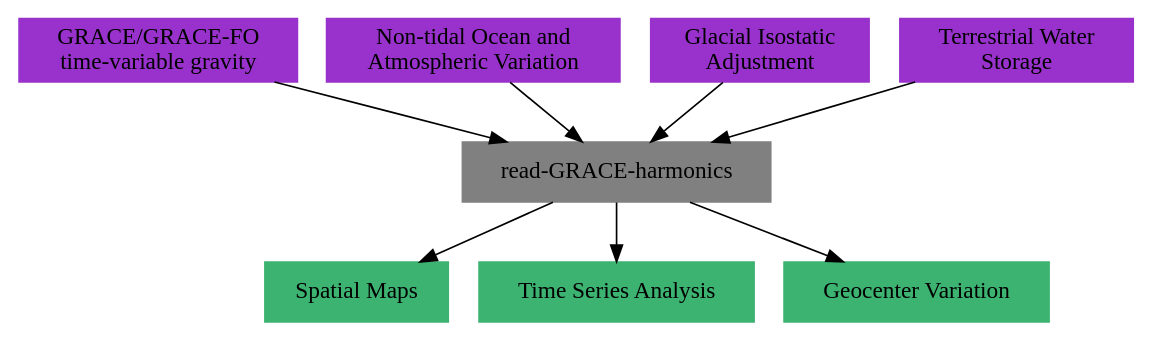
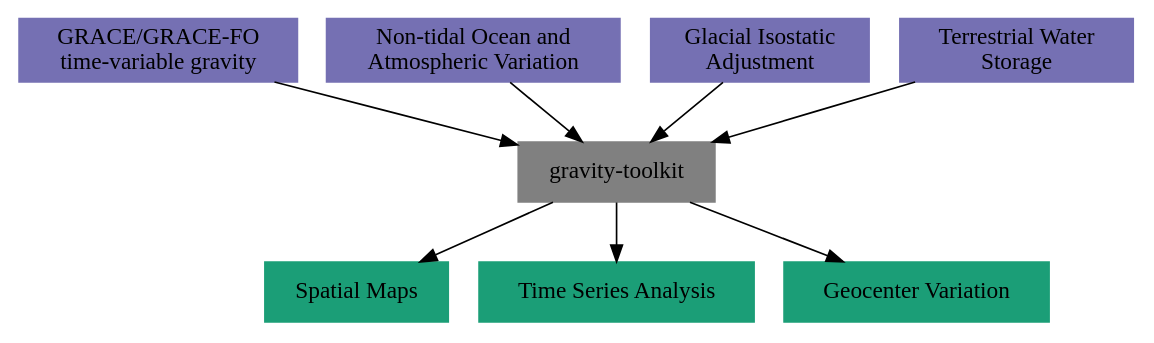
Before and after one commit to tsutterley/gravity-toolkit: the diagram in doc/source/getting_started/Background.rst, drawn with Graphviz. The commit also changed other lines of this file and 85 other files, not shown here.

```diff
--- a/doc/source/getting_started/Background.rst
+++ b/doc/source/getting_started/Background.rst
@@ -18,24 +18,24 @@
 .. graphviz::
     :caption: Data Processing Framework
     :align: center
 
     digraph {
-        G [label="GRACE/GRACE-FO\ntime-variable gravity" shape=box style="filled" color="darkorchid"]
-        A [label="Non-tidal Ocean and\nAtmospheric Variation" shape=box style="filled" color="darkorchid"]
-        I [label="Glacial Isostatic\nAdjustment" shape=box style="filled" color="darkorchid"]
-        W [label="Terrestrial Water\nStorage" shape=box style="filled" color="darkorchid"]
-        R [label="read-GRACE-harmonics" shape=box style="filled" color="gray"]
-        S [label="Spatial Maps" shape=box style="filled" color="mediumseagreen"
+        G [label="GRACE/GRACE-FO\ntime-variable gravity" shape=box style="filled" color="#7570b3"]
+        A [label="Non-tidal Ocean and\nAtmospheric Variation" shape=box style="filled" color="#7570b3"]
+        I [label="Glacial Isostatic\nAdjustment" shape=box style="filled" color="#7570b3"]
+        W [label="Terrestrial Water\nStorage" shape=box style="filled" color="#7570b3"]
+        R [label="gravity-toolkit" shape=box style="filled" color="gray"]
+        S [label="Spatial Maps" shape=box style="filled" color="#1b9e77"
             URL="Spatial-Maps.html"]
-        T [label="Time Series Analysis" shape=box style="filled" color="mediumseagreen"
+        T [label="Time Series Analysis" shape=box style="filled" color="#1b9e77"
             URL="Time-Series-Analysis.html"]
-        D [label="Geocenter Variation" shape=box style="filled" color="mediumseagreen"
+        D [label="Geocenter Variation" shape=box style="filled" color="#1b9e77"
             URL="Geocenter-Variations.html"]
         G -> R
         A -> R
         I -> R
         W -> R
         R -> S
         R -> T
         R -> D
     }
```
